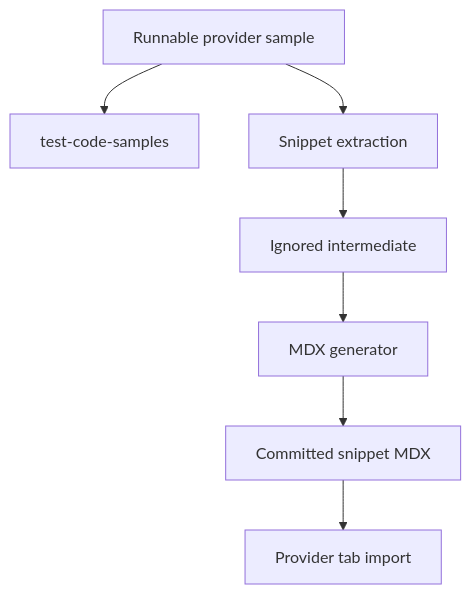
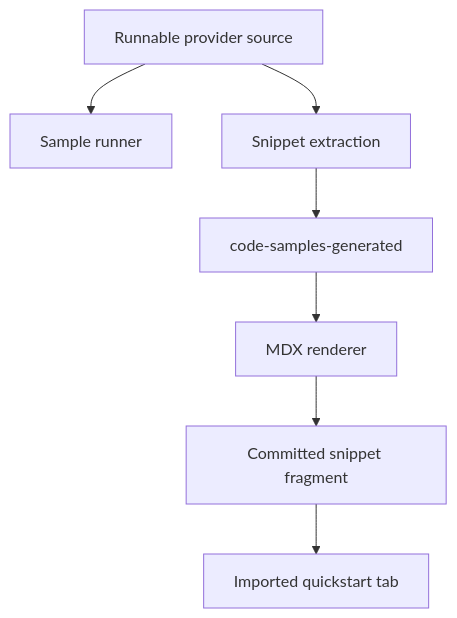
One commit to langchain-ai/docs changed the second of 4 diagrams in openwiki/workflows/langsmith-agent-documentation.md. Above: the diagram before and after it, drawn with Mermaid. The commit also changed other lines of this file and 26 other files, not shown here.

````diff
--- a/openwiki/workflows/langsmith-agent-documentation.md
+++ b/openwiki/workflows/langsmith-agent-documentation.md
@@ -125,9 +112,9 @@
 ```mermaid
 flowchart TD
-  Source["Runnable provider sample"] --> Run["test-code-samples"]
+  Source["Runnable provider source"] --> Execute["Sample runner"]
   Source --> Extract["Snippet extraction"]
-  Extract --> Intermediate["Ignored intermediate"]
-  Intermediate --> Render["MDX generator"]
-  Render --> Fragment["Committed snippet MDX"]
-  Fragment --> Quickstart["Provider tab import"]
+  Extract --> Intermediate["code-samples-generated"]
+  Intermediate --> Render["MDX renderer"]
+  Render --> Fragment["Committed snippet fragment"]
+  Fragment --> Quickstart["Imported quickstart tab"]
 ```
````
